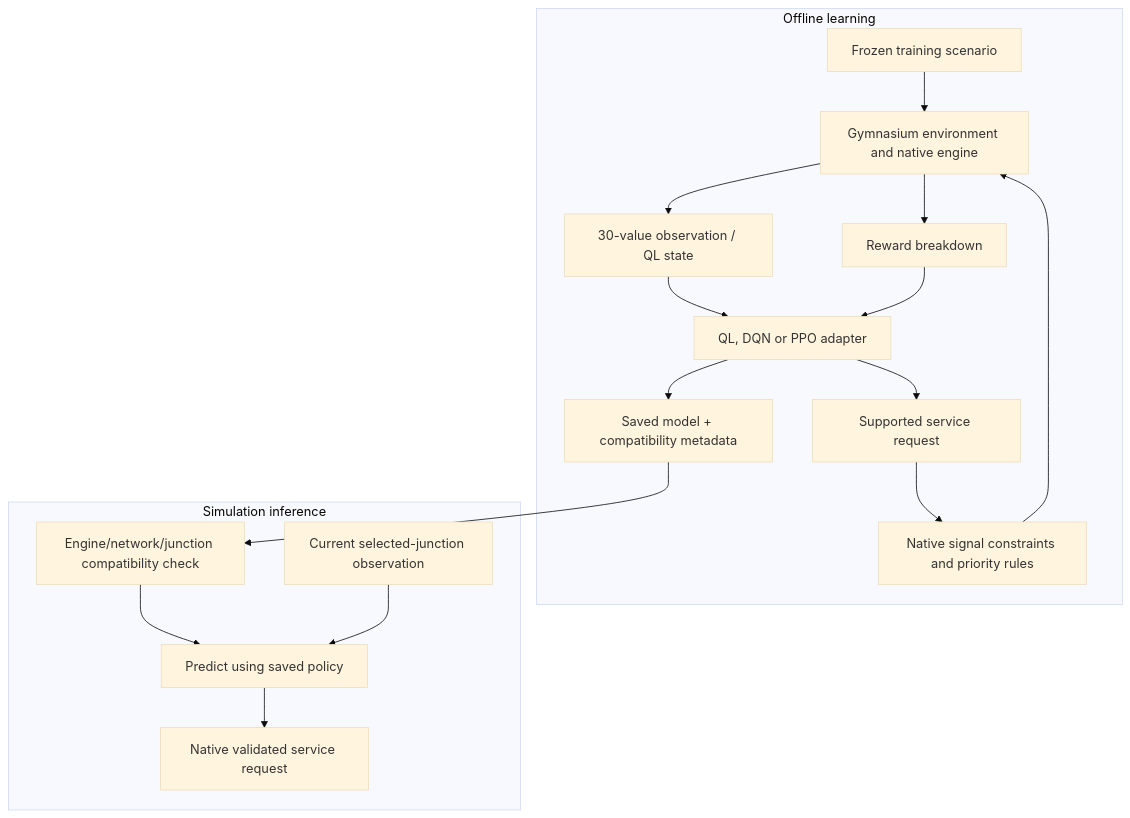
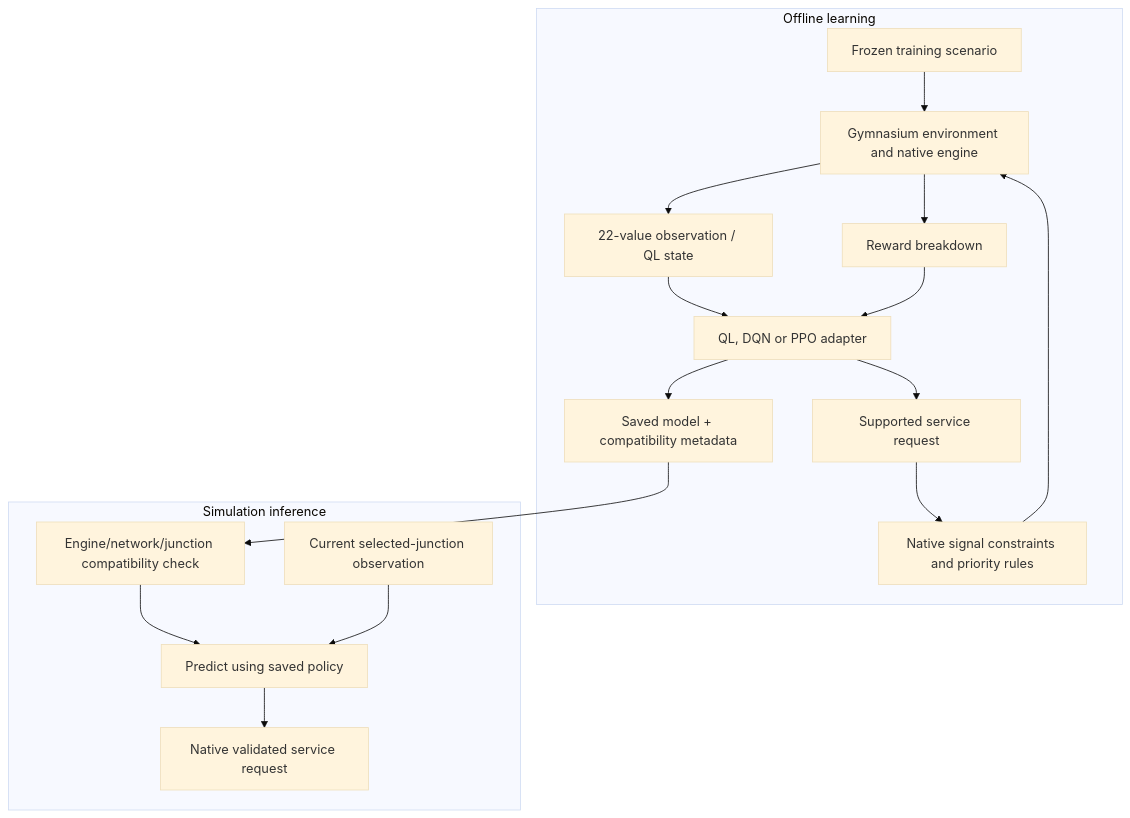
One commit to JohnfelAnthony/Capstone-SmartFlow changed diagram 11 of 11 in docs/reviews/MANUSCRIPT_REVISION_GUIDE_2026-10-08.md. Above: the diagram before and after it, drawn with Mermaid (base theme). The commit also changed other lines of this file and 108 other files, not shown here.

````diff
--- a/docs/reviews/MANUSCRIPT_REVISION_GUIDE_2026-10-08.md
+++ b/docs/reviews/MANUSCRIPT_REVISION_GUIDE_2026-10-08.md
@@ -515,20 +521,20 @@
 ```mermaid
 flowchart TB
     subgraph TRAIN["Offline learning"]
         SC["Frozen training scenario"] --> ENV["Gymnasium environment and native engine"]
-        ENV --> OBS["30-value observation / QL state"]
+        ENV --> OBS["22-value observation / QL state"]
         OBS --> ALG["QL, DQN or PPO adapter"]
         ALG --> ACT["Supported service request"]
         ACT --> SAFE["Native signal constraints and priority rules"]
         SAFE --> ENV
         ENV --> REW["Reward breakdown"]
         REW --> ALG
         ALG --> SAVED["Saved model + compatibility metadata"]
     end
     subgraph INFER["Simulation inference"]
         SAVED --> CHECK["Engine/network/junction compatibility check"]
         CHECK --> POLICY["Predict using saved policy"]
         STATE["Current selected-junction observation"] --> POLICY
         POLICY --> REQUEST["Native validated service request"]
     end
 ```
````
